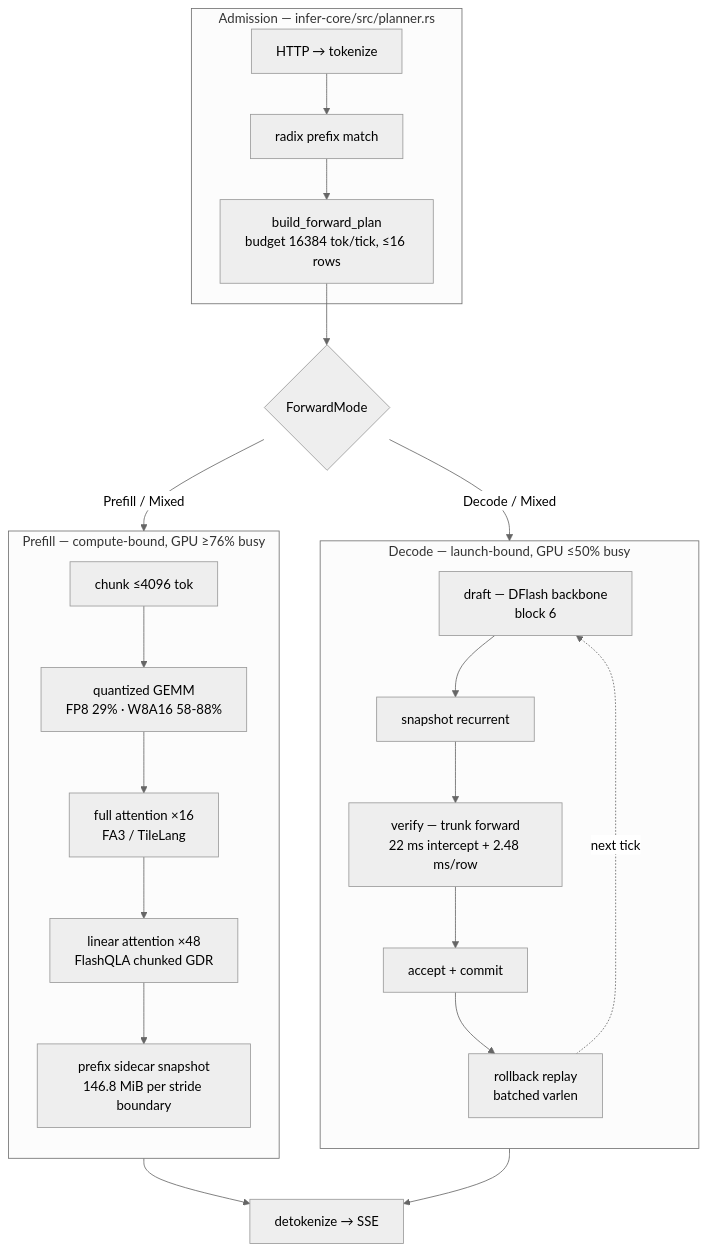
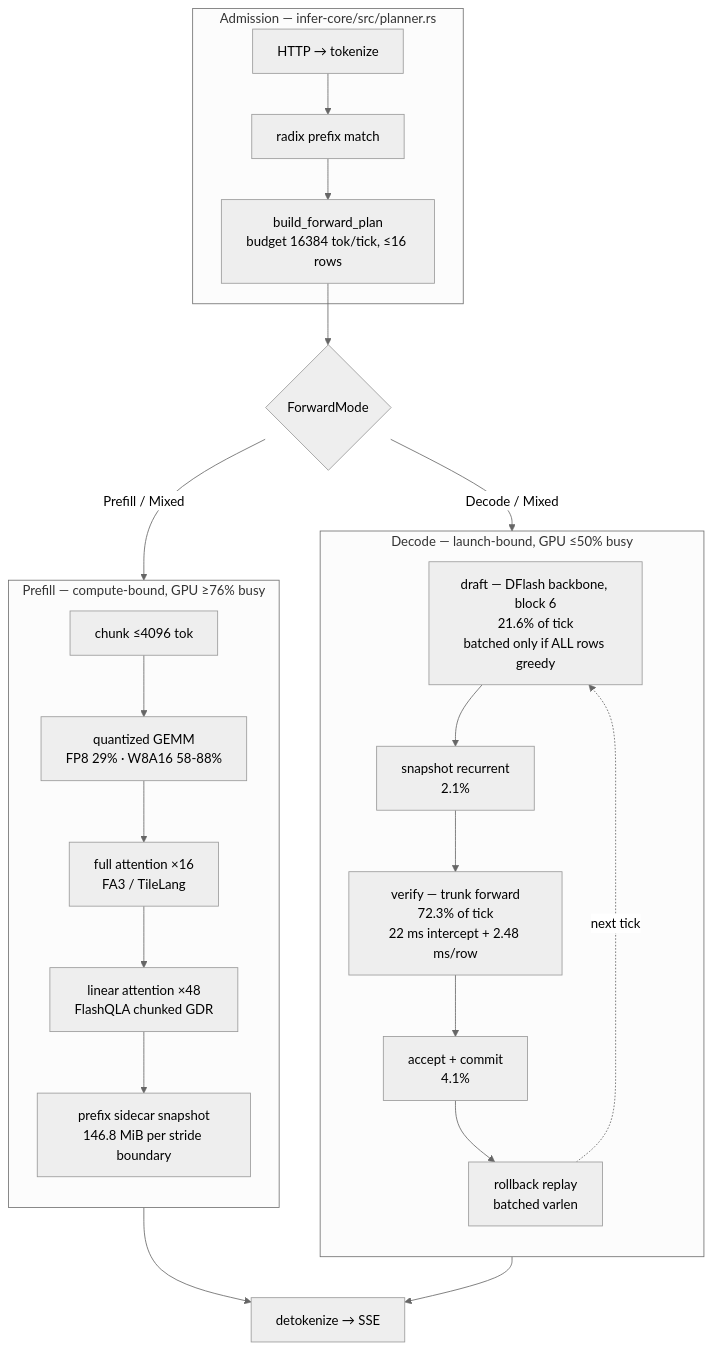
The diagram in docs/perf-qwen36-27b.md (acupof-ai/arle), drawn with Mermaid (neutral theme) before and after one commit. The commit also changed other lines of this file, not shown here.

````diff
--- a/docs/perf-qwen36-27b.md
+++ b/docs/perf-qwen36-27b.md
@@ -40,31 +40,31 @@
 ```mermaid
 flowchart TB
     subgraph ADMIT["Admission — infer-core/src/planner.rs"]
         A1["HTTP → tokenize"] --> A2["radix prefix match"]
         A2 --> A3["build_forward_plan<br/>budget 16384 tok/tick, ≤16 rows"]
     end
 
     A3 --> P{"ForwardMode"}
 
     subgraph PREFILL["Prefill — compute-bound, GPU ≥76% busy"]
         direction TB
         B1["chunk ≤4096 tok"] --> B2["quantized GEMM<br/>FP8 29% · W8A16 58-88%"]
         B2 --> B3["full attention ×16<br/>FA3 / TileLang"]
         B3 --> B4["linear attention ×48<br/>FlashQLA chunked GDR"]
         B4 --> B5["prefix sidecar snapshot<br/>146.8 MiB per stride boundary"]
     end
 
     subgraph DECODE["Decode — launch-bound, GPU ≤50% busy"]
         direction TB
-        C1["draft — DFlash backbone<br/>block 6"] --> C2["snapshot recurrent"]
-        C2 --> C3["verify — trunk forward<br/>22 ms intercept + 2.48 ms/row"]
-        C3 --> C4["accept + commit"]
+        C1["draft — DFlash backbone, block 6<br/>21.6% of tick<br/>batched only if ALL rows greedy"] --> C2["snapshot recurrent<br/>2.1%"]
+        C2 --> C3["verify — trunk forward<br/>72.3% of tick<br/>22 ms intercept + 2.48 ms/row"]
+        C3 --> C4["accept + commit<br/>4.1%"]
         C4 --> C5["rollback replay<br/>batched varlen"]
     end
 
     P -->|Prefill / Mixed| PREFILL
     P -->|Decode / Mixed| DECODE
     PREFILL --> OUT["detokenize → SSE"]
     DECODE --> OUT
     C5 -.->|next tick| C1
 ```
````
